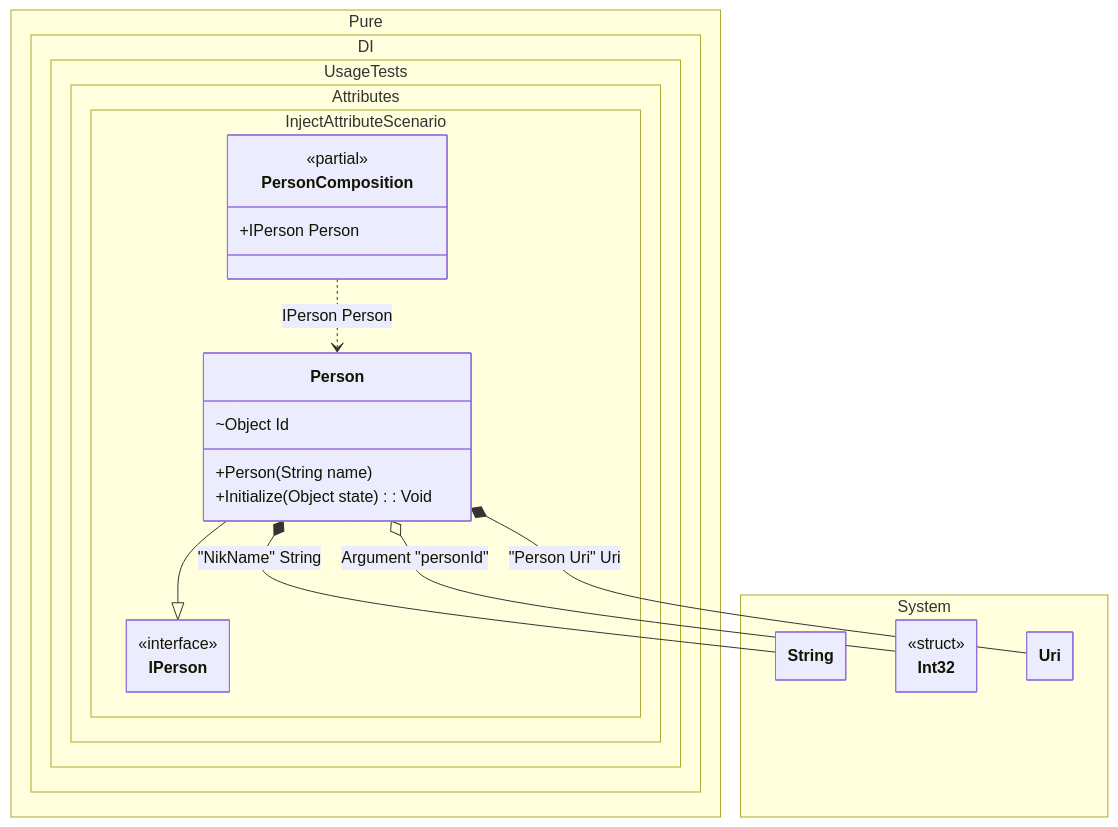
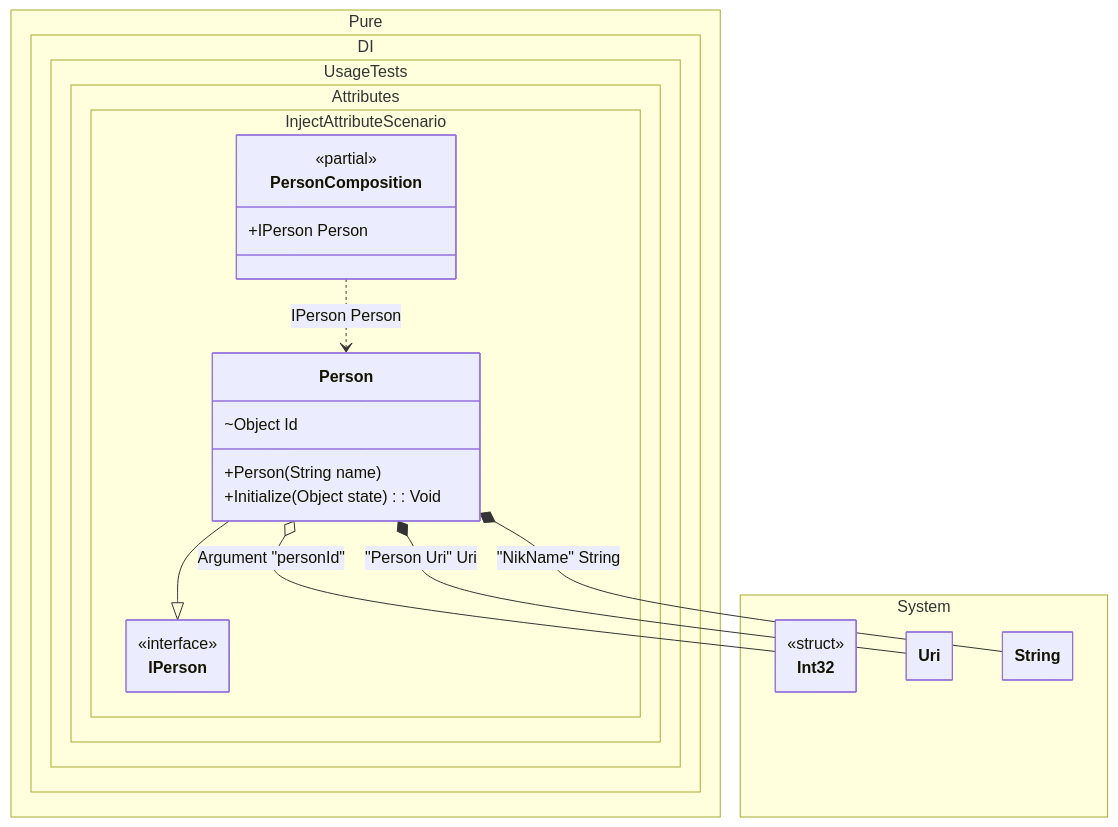
The diagram in readme/inject-attribute.md (DevTeam/Pure.DI), drawn with Mermaid before and after one commit. The commit also changed other lines of this file and 113 other files, not shown here.

````diff
--- a/readme/inject-attribute.md
+++ b/readme/inject-attribute.md
@@ -116,36 +116,36 @@
 ```mermaid
 ---
  config:
   class:
    hideEmptyMembersBox: true
 ---
 classDiagram
 	Person --|> IPerson
 	PersonComposition ..> Person : IPerson Person
-	Person *--  String : "NikName"  String
 	Person o-- Int32 : Argument "personId"
 	Person *--  Uri : "Person Uri"  Uri
+	Person *--  String : "NikName"  String
 	namespace Pure.DI.UsageTests.Attributes.InjectAttributeScenario {
 		class IPerson {
 			<<interface>>
 		}
 		class Person {
 			+Person(String name)
 			~Object Id
 			+Initialize(Object state) : Void
 		}
 		class PersonComposition {
 		<<partial>>
 		+IPerson Person
 		}
 	}
 	namespace System {
 		class Int32 {
 				<<struct>>
 		}
 		class String {
 		}
 		class Uri {
 		}
 	}
 ```
````
